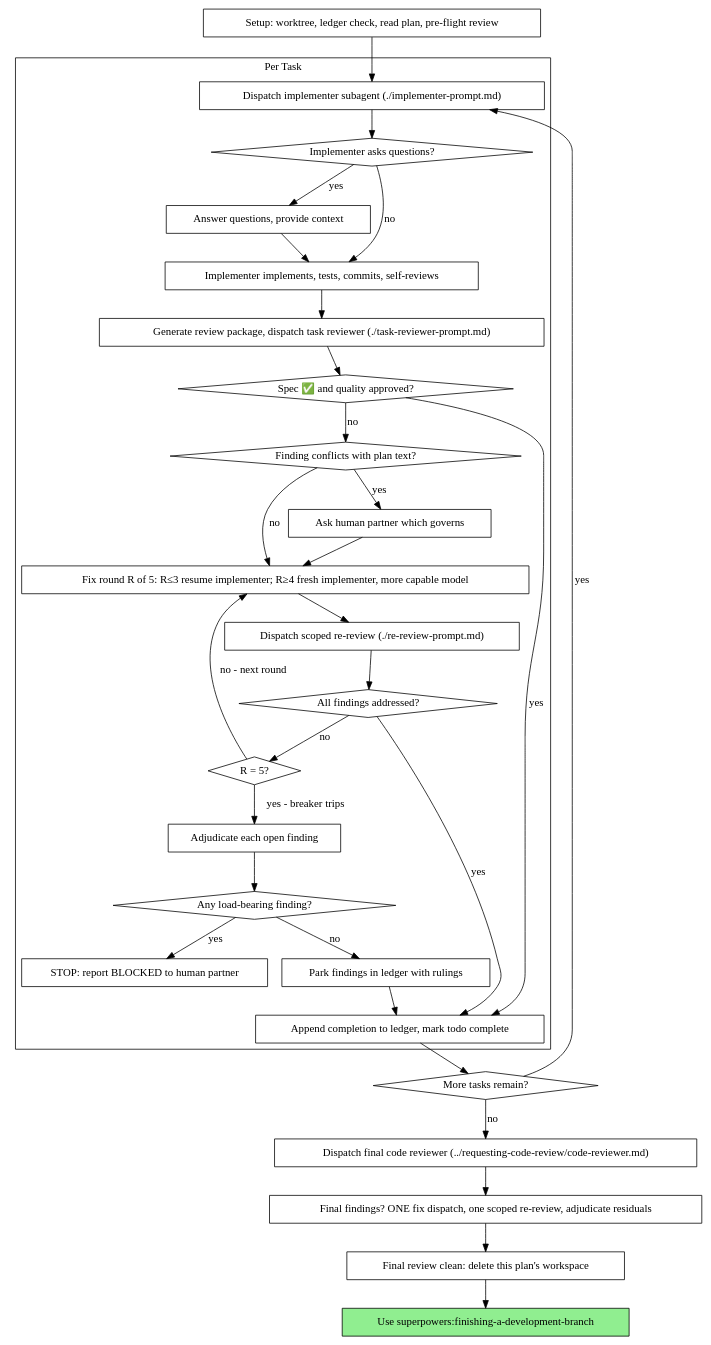
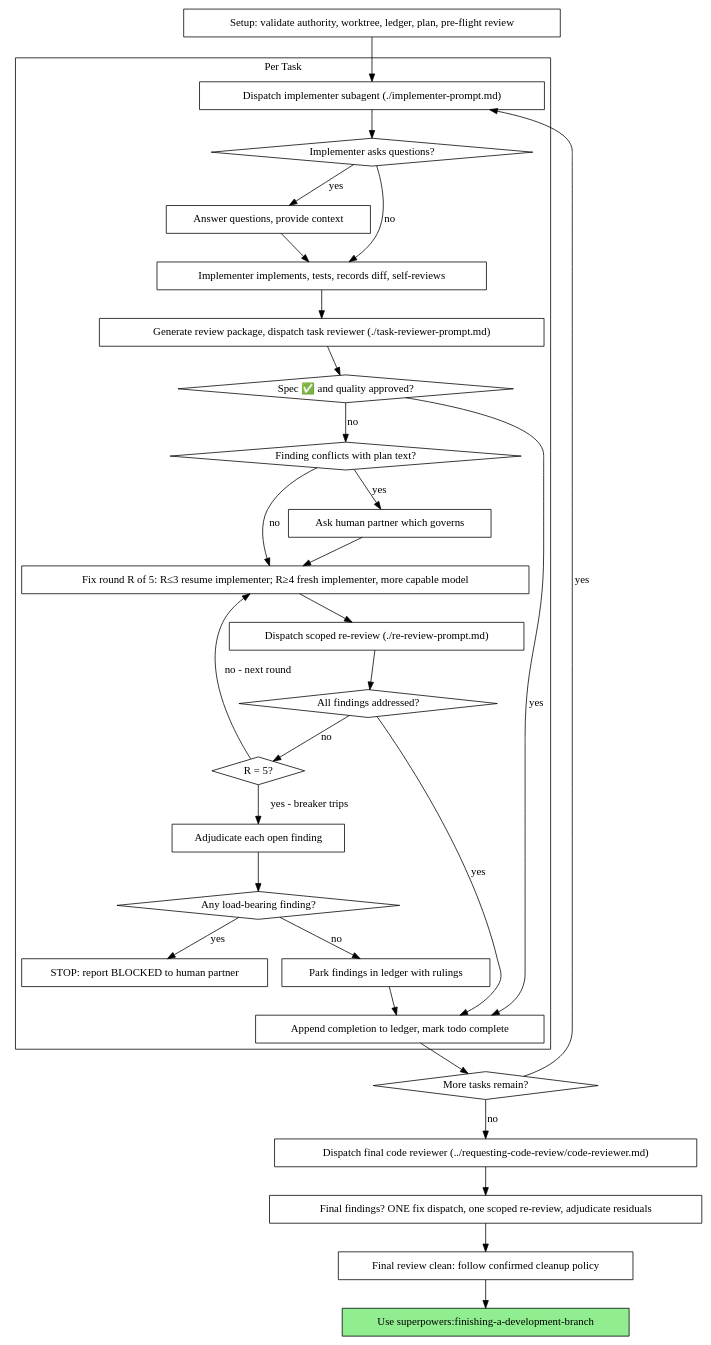
Before and after one commit to FernandeZ-hjm/Agent-General-Staff: the second of 2 diagrams in skill-packs/optional/ags-superpowers-adapter/playbooks/subagent-driven-development/PLAYBOOK.md, drawn with Graphviz. The commit also changed other lines of this file and 268 other files, not shown here.

````diff
--- a/skill-packs/optional/ags-superpowers-adapter/playbooks/subagent-driven-development/PLAYBOOK.md
+++ b/skill-packs/optional/ags-superpowers-adapter/playbooks/subagent-driven-development/PLAYBOOK.md
@@ -47,62 +72,62 @@
 ```dot
 digraph process {
     rankdir=TB;
 
     subgraph cluster_per_task {
         label="Per Task";
         "Dispatch implementer subagent (./implementer-prompt.md)" [shape=box];
         "Implementer asks questions?" [shape=diamond];
         "Answer questions, provide context" [shape=box];
-        "Implementer implements, tests, commits, self-reviews" [shape=box];
+        "Implementer implements, tests, records diff, self-reviews" [shape=box];
         "Generate review package, dispatch task reviewer (./task-reviewer-prompt.md)" [shape=box];
         "Spec ✅ and quality approved?" [shape=diamond];
         "Finding conflicts with plan text?" [shape=diamond];
         "Ask human partner which governs" [shape=box];
         "Fix round R of 5: R≤3 resume implementer; R≥4 fresh implementer, more capable model" [shape=box];
         "Dispatch scoped re-review (./re-review-prompt.md)" [shape=box];
         "All findings addressed?" [shape=diamond];
         "R = 5?" [shape=diamond];
         "Adjudicate each open finding" [shape=box];
         "Any load-bearing finding?" [shape=diamond];
         "STOP: report BLOCKED to human partner" [shape=box];
         "Park findings in ledger with rulings" [shape=box];
         "Append completion to ledger, mark todo complete" [shape=box];
     }
 
-    "Setup: worktree, ledger check, read plan, pre-flight review" [shape=box];
+    "Setup: validate authority, worktree, ledger, plan, pre-flight review" [shape=box];
     "More tasks remain?" [shape=diamond];
     "Dispatch final code reviewer (../requesting-code-review/code-reviewer.md)" [shape=box];
     "Final findings? ONE fix dispatch, one scoped re-review, adjudicate residuals" [shape=box];
-    "Final review clean: delete this plan's workspace" [shape=box];
+    "Final review clean: follow confirmed cleanup policy" [shape=box];
     "Use superpowers:finishing-a-development-branch" [shape=box style=filled fillcolor=lightgreen];
 
-    "Setup: worktree, ledger check, read plan, pre-flight review" -> "Dispatch implementer subagent (./implementer-prompt.md)";
+    "Setup: validate authority, worktree, ledger, plan, pre-flight review" -> "Dispatch implementer subagent (./implementer-prompt.md)";
     "Dispatch implementer subagent (./implementer-prompt.md)" -> "Implementer asks questions?";
     "Implementer asks questions?" -> "Answer questions, provide context" [label="yes"];
-    "Answer questions, provide context" -> "Implementer implements, tests, commits, self-reviews";
-    "Implementer asks questions?" -> "Implementer implements, tests, commits, self-reviews" [label="no"];
-    "Implementer implements, tests, commits, self-reviews" -> "Generate review package, dispatch task reviewer (./task-reviewer-prompt.md)";
+    "Answer questions, provide context" -> "Implementer implements, tests, records diff, self-reviews";
+    "Implementer asks questions?" -> "Implementer implements, tests, records diff, self-reviews" [label="no"];
+    "Implementer implements, tests, records diff, self-reviews" -> "Generate review package, dispatch task reviewer (./task-reviewer-prompt.md)";
     "Generate review package, dispatch task reviewer (./task-reviewer-prompt.md)" -> "Spec ✅ and quality approved?";
     "Spec ✅ and quality approved?" -> "Append completion to ledger, mark todo complete" [label="yes"];
     "Spec ✅ and quality approved?" -> "Finding conflicts with plan text?" [label="no"];
     "Finding conflicts with plan text?" -> "Ask human partner which governs" [label="yes"];
     "Ask human partner which governs" -> "Fix round R of 5: R≤3 resume implementer; R≥4 fresh implementer, more capable model";
     "Finding conflicts with plan text?" -> "Fix round R of 5: R≤3 resume implementer; R≥4 fresh implementer, more capable model" [label="no"];
     "Fix round R of 5: R≤3 resume implementer; R≥4 fresh implementer, more capable model" -> "Dispatch scoped re-review (./re-review-prompt.md)";
     "Dispatch scoped re-review (./re-review-prompt.md)" -> "All findings addressed?";
     "All findings addressed?" -> "Append completion to ledger, mark todo complete" [label="yes"];
     "All findings addressed?" -> "R = 5?" [label="no"];
     "R = 5?" -> "Fix round R of 5: R≤3 resume implementer; R≥4 fresh implementer, more capable model" [label="no - next round"];
     "R = 5?" -> "Adjudicate each open finding" [label="yes - breaker trips"];
     "Adjudicate each open finding" -> "Any load-bearing finding?";
     "Any load-bearing finding?" -> "STOP: report BLOCKED to human partner" [label="yes"];
     "Any load-bearing finding?" -> "Park findings in ledger with rulings" [label="no"];
     "Park findings in ledger with rulings" -> "Append completion to ledger, mark todo complete";
     "Append completion to ledger, mark todo complete" -> "More tasks remain?";
     "More tasks remain?" -> "Dispatch implementer subagent (./implementer-prompt.md)" [label="yes"];
     "More tasks remain?" -> "Dispatch final code reviewer (../requesting-code-review/code-reviewer.md)" [label="no"];
     "Dispatch final code reviewer (../requesting-code-review/code-reviewer.md)" -> "Final findings? ONE fix dispatch, one scoped re-review, adjudicate residuals";
-    "Final findings? ONE fix dispatch, one scoped re-review, adjudicate residuals" -> "Final review clean: delete this plan's workspace";
-    "Final review clean: delete this plan's workspace" -> "Use superpowers:finishing-a-development-branch";
+    "Final findings? ONE fix dispatch, one scoped re-review, adjudicate residuals" -> "Final review clean: follow confirmed cleanup policy";
+    "Final review clean: follow confirmed cleanup policy" -> "Use superpowers:finishing-a-development-branch";
 }
 ```
````
